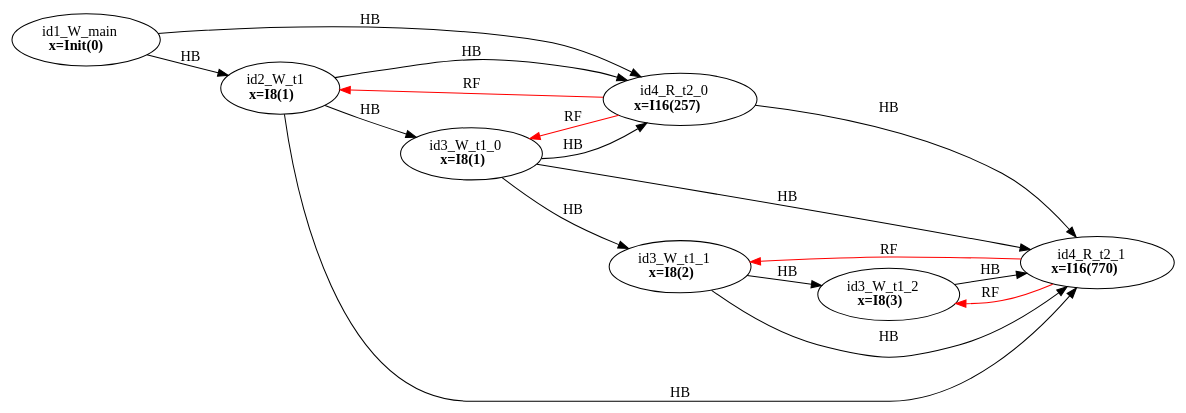
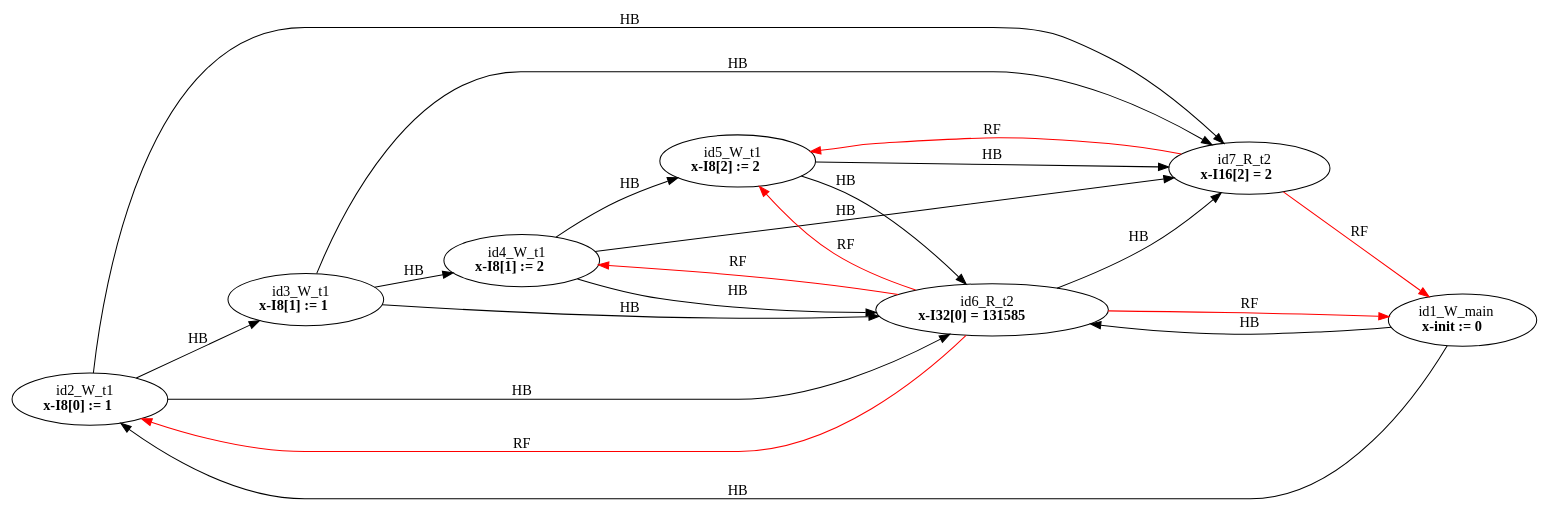
Before and after one commit to FMJS/EMME: the diagram in examples/single_var/sv_simple16/mm9.dot, drawn with Graphviz. The commit also changed 481 other files, not shown here.

```diff
--- a/examples/single_var/sv_simple16/mm9.dot
+++ b/examples/single_var/sv_simple16/mm9.dot
@@ -1,27 +1,31 @@
 digraph memory_model {
 rankdir=LR;
 splines=true; esep=0.5;
-id2_W_t1 -> id3_W_t1_0 [label = "HB", color="black"];
-id3_W_t1_0 -> id3_W_t1_1 [label = "HB", color="black"];
-id3_W_t1_1 -> id3_W_t1_2 [label = "HB", color="black"];
-id4_R_t2_0 -> id4_R_t2_1 [label = "HB", color="black"];
+id2_W_t1 -> id3_W_t1 [label = "HB", color="black"];
+id3_W_t1 -> id4_W_t1 [label = "HB", color="black"];
+id4_W_t1 -> id5_W_t1 [label = "HB", color="black"];
+id6_R_t2 -> id7_R_t2 [label = "HB", color="black"];
 id1_W_main -> id2_W_t1 [label = "HB", color="black"];
-id1_W_main -> id4_R_t2_0 [label = "HB", color="black"];
-id2_W_t1 -> id4_R_t2_0 [label = "HB", color="black"];
-id2_W_t1 -> id4_R_t2_1 [label = "HB", color="black"];
-id3_W_t1_0 -> id4_R_t2_0 [label = "HB", color="black"];
-id3_W_t1_0 -> id4_R_t2_1 [label = "HB", color="black"];
-id3_W_t1_1 -> id4_R_t2_1 [label = "HB", color="black"];
-id3_W_t1_2 -> id4_R_t2_1 [label = "HB", color="black"];
-id4_R_t2_0 -> id2_W_t1 [label = "RF", color="red"];
-id4_R_t2_0 -> id3_W_t1_0 [label = "RF", color="red"];
-id4_R_t2_1 -> id3_W_t1_1 [label = "RF", color="red"];
-id4_R_t2_1 -> id3_W_t1_2 [label = "RF", color="red"];
-id1_W_main [label=<id1_W_main<br/><B>x=Init(0)</B>>, pos="2.5,8!"]
-id2_W_t1 [label=<id2_W_t1<br/><B>x=I8(1)</B>>, pos="0,6!"]
-id3_W_t1_0 [label=<id3_W_t1_0<br/><B>x=I8(1)</B>>, pos="0,4!"]
-id3_W_t1_1 [label=<id3_W_t1_1<br/><B>x=I8(2)</B>>, pos="0,2!"]
-id3_W_t1_2 [label=<id3_W_t1_2<br/><B>x=I8(3)</B>>, pos="0,0!"]
-id4_R_t2_0 [label=<id4_R_t2_0<br/><B>x=I16(257)</B>>, pos="5,6!"]
-id4_R_t2_1 [label=<id4_R_t2_1<br/><B>x=I16(770)</B>>, pos="5,4!"]
+id1_W_main -> id6_R_t2 [label = "HB", color="black"];
+id2_W_t1 -> id6_R_t2 [label = "HB", color="black"];
+id2_W_t1 -> id7_R_t2 [label = "HB", color="black"];
+id3_W_t1 -> id6_R_t2 [label = "HB", color="black"];
+id3_W_t1 -> id7_R_t2 [label = "HB", color="black"];
+id4_W_t1 -> id6_R_t2 [label = "HB", color="black"];
+id4_W_t1 -> id7_R_t2 [label = "HB", color="black"];
+id5_W_t1 -> id6_R_t2 [label = "HB", color="black"];
+id5_W_t1 -> id7_R_t2 [label = "HB", color="black"];
+id6_R_t2 -> id1_W_main [label = "RF", color="red"];
+id6_R_t2 -> id2_W_t1 [label = "RF", color="red"];
+id6_R_t2 -> id4_W_t1 [label = "RF", color="red"];
+id6_R_t2 -> id5_W_t1 [label = "RF", color="red"];
+id7_R_t2 -> id1_W_main [label = "RF", color="red"];
+id7_R_t2 -> id5_W_t1 [label = "RF", color="red"];
+id1_W_main [label=<id1_W_main<br/><B>x-init := 0</B>>, pos="2.5,8!"]
+id2_W_t1 [label=<id2_W_t1<br/><B>x-I8[0] := 1</B>>, pos="0,6!"]
+id3_W_t1 [label=<id3_W_t1<br/><B>x-I8[1] := 1</B>>, pos="0,4!"]
+id4_W_t1 [label=<id4_W_t1<br/><B>x-I8[1] := 2</B>>, pos="0,2!"]
+id5_W_t1 [label=<id5_W_t1<br/><B>x-I8[2] := 2</B>>, pos="0,0!"]
+id6_R_t2 [label=<id6_R_t2<br/><B>x-I32[0] = 131585</B>>, pos="5,6!"]
+id7_R_t2 [label=<id7_R_t2<br/><B>x-I16[2] = 2</B>>, pos="5,4!"]
 }
```
